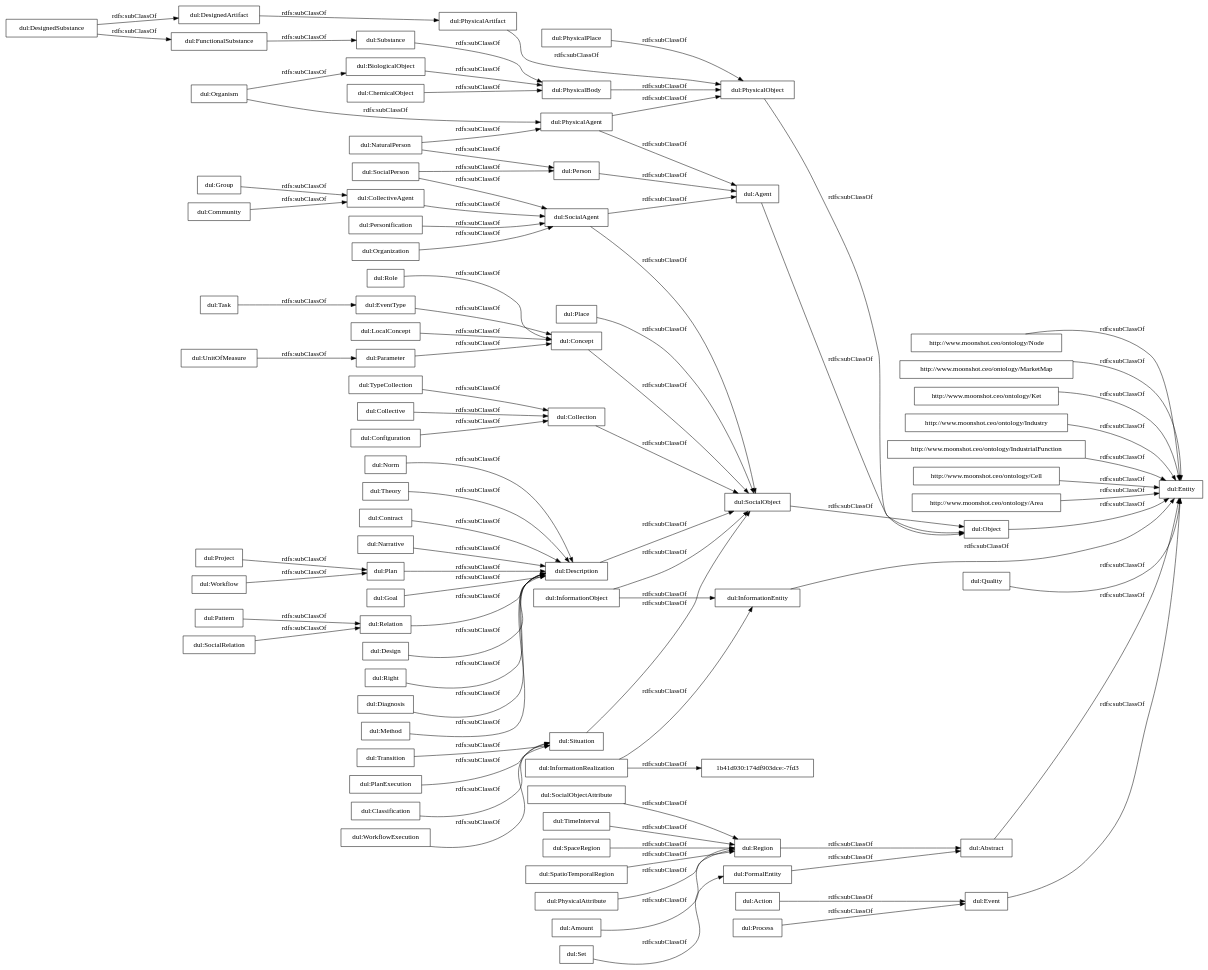
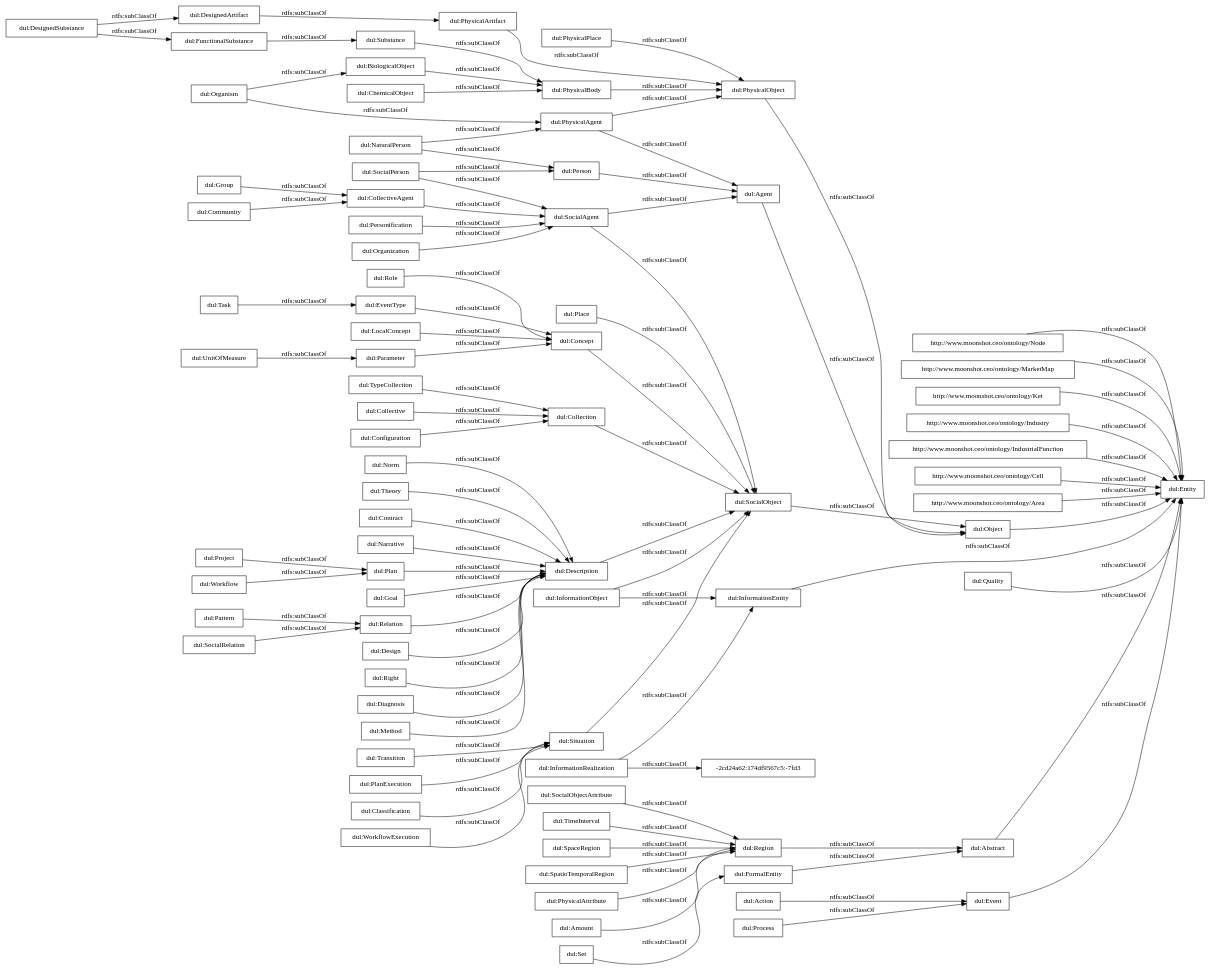
One commit to oeg-upm/IEBrain changed the diagram in OnToology/iebrain.ttl/diagrams/ar2dtool-taxonomy/iebrain.ttl.png.dot. Above: the diagram before and after it, drawn with Graphviz. The commit also changed 5 other files, not shown here.

```diff
--- a/OnToology/iebrain.ttl/diagrams/ar2dtool-taxonomy/iebrain.ttl.png.dot
+++ b/OnToology/iebrain.ttl/diagrams/ar2dtool-taxonomy/iebrain.ttl.png.dot
@@ -1,95 +1,95 @@
 digraph ar2dtool_diagram { 
 rankdir=LR;
 size="1000"
-node [shape = rectangle, color="black"]; "http://www.moonshot.ceo/ontology/Node" "http://www.moonshot.ceo/ontology/MarketMap" "http://www.moonshot.ceo/ontology/Ket" "http://www.moonshot.ceo/ontology/Industry" "http://www.moonshot.ceo/ontology/IndustrialFunction" "http://www.moonshot.ceo/ontology/Cell" "http://www.moonshot.ceo/ontology/Area" "dul:Goal" "dul:FormalEntity" "dul:EventType" "dul:PhysicalBody" "dul:Object" "dul:Description" "dul:PhysicalAgent" "dul:Relation" "dul:Role" "dul:Entity" "dul:Organism" "dul:Personification" "dul:Situation" "dul:UnitOfMeasure" "dul:Abstract" "dul:SocialPerson" "dul:Transition" "dul:Collective" "dul:CollectiveAgent" "dul:Amount" "dul:Plan" "dul:Design" "dul:Process" "dul:SocialObjectAttribute" "dul:Right" "dul:Task" "dul:DesignedSubstance" "dul:BiologicalObject" "dul:Place" "dul:Quality" "dul:Action" "dul:SocialAgent" "dul:Configuration" "dul:Project" "dul:PlanExecution" "dul:Pattern" "dul:Agent" "dul:Classification" "dul:Diagnosis" "dul:Parameter" "dul:WorkflowExecution" "dul:SocialObject" "dul:Group" "dul:Community" "dul:FunctionalSubstance" "dul:PhysicalPlace" "dul:Method" "dul:Concept" "dul:SocialRelation" "dul:Event" "dul:DesignedArtifact" "dul:TimeInterval" "dul:Person" "dul:TypeCollection" "dul:SpaceRegion" "dul:PhysicalObject" "dul:SpatioTemporalRegion" "dul:Norm" "dul:InformationRealization" "dul:Theory" "dul:PhysicalAttribute" "dul:NaturalPerson" "dul:Workflow" "dul:InformationObject" "dul:ChemicalObject" "dul:Contract" "dul:Narrative" "dul:Collection" "dul:Substance" "1b41d930:174df903dce:-7fd3" "dul:Region" "dul:InformationEntity" "dul:PhysicalArtifact" "dul:Organization" "dul:Set" "dul:LocalConcept" ; /*classes style*/
+node [shape = rectangle, color="black"]; "http://www.moonshot.ceo/ontology/Node" "http://www.moonshot.ceo/ontology/MarketMap" "http://www.moonshot.ceo/ontology/Ket" "http://www.moonshot.ceo/ontology/Industry" "http://www.moonshot.ceo/ontology/IndustrialFunction" "http://www.moonshot.ceo/ontology/Cell" "http://www.moonshot.ceo/ontology/Area" "dul:Goal" "dul:FormalEntity" "dul:EventType" "dul:PhysicalBody" "dul:Object" "dul:Description" "dul:PhysicalAgent" "dul:Relation" "dul:Role" "dul:Entity" "dul:Organism" "dul:Personification" "dul:Situation" "-2cd24a62:174df9567c5:-7fd3" "dul:UnitOfMeasure" "dul:Abstract" "dul:SocialPerson" "dul:Transition" "dul:Collective" "dul:CollectiveAgent" "dul:Amount" "dul:Plan" "dul:Design" "dul:Process" "dul:SocialObjectAttribute" "dul:Right" "dul:Task" "dul:DesignedSubstance" "dul:BiologicalObject" "dul:Place" "dul:Quality" "dul:Action" "dul:SocialAgent" "dul:Configuration" "dul:Project" "dul:PlanExecution" "dul:Pattern" "dul:Diagnosis" "dul:Agent" "dul:Classification" "dul:Parameter" "dul:WorkflowExecution" "dul:SocialObject" "dul:Group" "dul:Community" "dul:FunctionalSubstance" "dul:PhysicalPlace" "dul:Method" "dul:Concept" "dul:SocialRelation" "dul:Event" "dul:DesignedArtifact" "dul:TimeInterval" "dul:Person" "dul:TypeCollection" "dul:SpaceRegion" "dul:PhysicalObject" "dul:SpatioTemporalRegion" "dul:Norm" "dul:InformationRealization" "dul:Theory" "dul:PhysicalAttribute" "dul:NaturalPerson" "dul:Workflow" "dul:InformationObject" "dul:ChemicalObject" "dul:Contract" "dul:Narrative" "dul:Collection" "dul:Substance" "dul:Region" "dul:InformationEntity" "dul:PhysicalArtifact" "dul:Organization" "dul:Set" "dul:LocalConcept" ; /*classes style*/
 	"dul:CollectiveAgent" -> "dul:SocialAgent" [ label = "rdfs:subClassOf" ];
 	"dul:Region" -> "dul:Abstract" [ label = "rdfs:subClassOf" ];
 	"dul:TypeCollection" -> "dul:Collection" [ label = "rdfs:subClassOf" ];
 	"dul:PhysicalAttribute" -> "dul:Region" [ label = "rdfs:subClassOf" ];
 	"dul:Organization" -> "dul:SocialAgent" [ label = "rdfs:subClassOf" ];
 	"http://www.moonshot.ceo/ontology/Node" -> "dul:Entity" [ label = "rdfs:subClassOf" ];
 	"dul:Configuration" -> "dul:Collection" [ label = "rdfs:subClassOf" ];
 	"dul:Quality" -> "dul:Entity" [ label = "rdfs:subClassOf" ];
 	"dul:Description" -> "dul:SocialObject" [ label = "rdfs:subClassOf" ];
 	"dul:Community" -> "dul:CollectiveAgent" [ label = "rdfs:subClassOf" ];
 	"dul:Method" -> "dul:Description" [ label = "rdfs:subClassOf" ];
 	"dul:Concept" -> "dul:SocialObject" [ label = "rdfs:subClassOf" ];
 	"dul:Object" -> "dul:Entity" [ label = "rdfs:subClassOf" ];
 	"dul:Place" -> "dul:SocialObject" [ label = "rdfs:subClassOf" ];
 	"dul:PhysicalArtifact" -> "dul:PhysicalObject" [ label = "rdfs:subClassOf" ];
 	"dul:Organism" -> "dul:PhysicalAgent" [ label = "rdfs:subClassOf" ];
 	"dul:Organism" -> "dul:BiologicalObject" [ label = "rdfs:subClassOf" ];
 	"dul:Goal" -> "dul:Description" [ label = "rdfs:subClassOf" ];
 	"dul:FunctionalSubstance" -> "dul:Substance" [ label = "rdfs:subClassOf" ];
 	"dul:Role" -> "dul:Concept" [ label = "rdfs:subClassOf" ];
 	"dul:Collective" -> "dul:Collection" [ label = "rdfs:subClassOf" ];
 	"dul:InformationObject" -> "dul:SocialObject" [ label = "rdfs:subClassOf" ];
 	"dul:InformationObject" -> "dul:InformationEntity" [ label = "rdfs:subClassOf" ];
 	"dul:UnitOfMeasure" -> "dul:Parameter" [ label = "rdfs:subClassOf" ];
 	"dul:SocialObjectAttribute" -> "dul:Region" [ label = "rdfs:subClassOf" ];
 	"dul:WorkflowExecution" -> "dul:Situation" [ label = "rdfs:subClassOf" ];
 	"dul:Right" -> "dul:Description" [ label = "rdfs:subClassOf" ];
 	"dul:Task" -> "dul:EventType" [ label = "rdfs:subClassOf" ];
 	"dul:Set" -> "dul:FormalEntity" [ label = "rdfs:subClassOf" ];
 	"dul:DesignedSubstance" -> "dul:FunctionalSubstance" [ label = "rdfs:subClassOf" ];
 	"dul:DesignedSubstance" -> "dul:DesignedArtifact" [ label = "rdfs:subClassOf" ];
 	"dul:SocialObject" -> "dul:Object" [ label = "rdfs:subClassOf" ];
 	"dul:Parameter" -> "dul:Concept" [ label = "rdfs:subClassOf" ];
-	"dul:InformationRealization" -> "1b41d930:174df903dce:-7fd3" [ label = "rdfs:subClassOf" ];
+	"dul:InformationRealization" -> "-2cd24a62:174df9567c5:-7fd3" [ label = "rdfs:subClassOf" ];
 	"dul:InformationRealization" -> "dul:InformationEntity" [ label = "rdfs:subClassOf" ];
 	"dul:Substance" -> "dul:PhysicalBody" [ label = "rdfs:subClassOf" ];
 	"dul:Event" -> "dul:Entity" [ label = "rdfs:subClassOf" ];
 	"dul:PhysicalAgent" -> "dul:PhysicalObject" [ label = "rdfs:subClassOf" ];
 	"dul:PhysicalAgent" -> "dul:Agent" [ label = "rdfs:subClassOf" ];
 	"http://www.moonshot.ceo/ontology/Area" -> "dul:Entity" [ label = "rdfs:subClassOf" ];
 	"dul:Project" -> "dul:Plan" [ label = "rdfs:subClassOf" ];
 	"dul:PhysicalObject" -> "dul:Object" [ label = "rdfs:subClassOf" ];
 	"dul:Action" -> "dul:Event" [ label = "rdfs:subClassOf" ];
 	"dul:Situation" -> "dul:SocialObject" [ label = "rdfs:subClassOf" ];
 	"dul:Design" -> "dul:Description" [ label = "rdfs:subClassOf" ];
 	"dul:EventType" -> "dul:Concept" [ label = "rdfs:subClassOf" ];
 	"dul:Classification" -> "dul:Situation" [ label = "rdfs:subClassOf" ];
 	"http://www.moonshot.ceo/ontology/IndustrialFunction" -> "dul:Entity" [ label = "rdfs:subClassOf" ];
 	"dul:Workflow" -> "dul:Plan" [ label = "rdfs:subClassOf" ];
 	"dul:Pattern" -> "dul:Relation" [ label = "rdfs:subClassOf" ];
 	"dul:Transition" -> "dul:Situation" [ label = "rdfs:subClassOf" ];
 	"dul:Norm" -> "dul:Description" [ label = "rdfs:subClassOf" ];
 	"dul:Person" -> "dul:Agent" [ label = "rdfs:subClassOf" ];
 	"http://www.moonshot.ceo/ontology/Ket" -> "dul:Entity" [ label = "rdfs:subClassOf" ];
 	"http://www.moonshot.ceo/ontology/Cell" -> "dul:Entity" [ label = "rdfs:subClassOf" ];
 	"dul:Contract" -> "dul:Description" [ label = "rdfs:subClassOf" ];
 	"dul:PhysicalPlace" -> "dul:PhysicalObject" [ label = "rdfs:subClassOf" ];
 	"dul:Relation" -> "dul:Description" [ label = "rdfs:subClassOf" ];
 	"dul:SocialRelation" -> "dul:Relation" [ label = "rdfs:subClassOf" ];
 	"dul:PlanExecution" -> "dul:Situation" [ label = "rdfs:subClassOf" ];
 	"http://www.moonshot.ceo/ontology/MarketMap" -> "dul:Entity" [ label = "rdfs:subClassOf" ];
 	"dul:LocalConcept" -> "dul:Concept" [ label = "rdfs:subClassOf" ];
 	"dul:FormalEntity" -> "dul:Abstract" [ label = "rdfs:subClassOf" ];
 	"dul:PhysicalBody" -> "dul:PhysicalObject" [ label = "rdfs:subClassOf" ];
 	"http://www.moonshot.ceo/ontology/Industry" -> "dul:Entity" [ label = "rdfs:subClassOf" ];
 	"dul:BiologicalObject" -> "dul:PhysicalBody" [ label = "rdfs:subClassOf" ];
 	"dul:SocialPerson" -> "dul:SocialAgent" [ label = "rdfs:subClassOf" ];
 	"dul:SocialPerson" -> "dul:Person" [ label = "rdfs:subClassOf" ];
 	"dul:NaturalPerson" -> "dul:PhysicalAgent" [ label = "rdfs:subClassOf" ];
 	"dul:NaturalPerson" -> "dul:Person" [ label = "rdfs:subClassOf" ];
 	"dul:TimeInterval" -> "dul:Region" [ label = "rdfs:subClassOf" ];
 	"dul:Collection" -> "dul:SocialObject" [ label = "rdfs:subClassOf" ];
 	"dul:InformationEntity" -> "dul:Entity" [ label = "rdfs:subClassOf" ];
 	"dul:SpatioTemporalRegion" -> "dul:Region" [ label = "rdfs:subClassOf" ];
 	"dul:Personification" -> "dul:SocialAgent" [ label = "rdfs:subClassOf" ];
 	"dul:DesignedArtifact" -> "dul:PhysicalArtifact" [ label = "rdfs:subClassOf" ];
 	"dul:ChemicalObject" -> "dul:PhysicalBody" [ label = "rdfs:subClassOf" ];
 	"dul:Narrative" -> "dul:Description" [ label = "rdfs:subClassOf" ];
 	"dul:Process" -> "dul:Event" [ label = "rdfs:subClassOf" ];
 	"dul:Theory" -> "dul:Description" [ label = "rdfs:subClassOf" ];
 	"dul:Abstract" -> "dul:Entity" [ label = "rdfs:subClassOf" ];
 	"dul:SpaceRegion" -> "dul:Region" [ label = "rdfs:subClassOf" ];
 	"dul:Plan" -> "dul:Description" [ label = "rdfs:subClassOf" ];
 	"dul:Group" -> "dul:CollectiveAgent" [ label = "rdfs:subClassOf" ];
 	"dul:SocialAgent" -> "dul:SocialObject" [ label = "rdfs:subClassOf" ];
 	"dul:SocialAgent" -> "dul:Agent" [ label = "rdfs:subClassOf" ];
 	"dul:Diagnosis" -> "dul:Description" [ label = "rdfs:subClassOf" ];
 	"dul:Agent" -> "dul:Object" [ label = "rdfs:subClassOf" ];
 	"dul:Amount" -> "dul:Region" [ label = "rdfs:subClassOf" ];
 
 }
```
